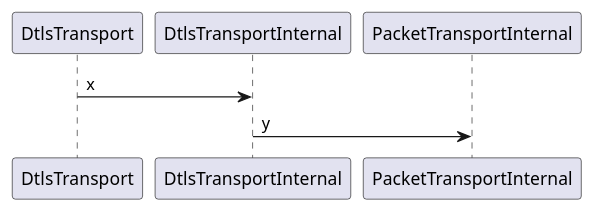
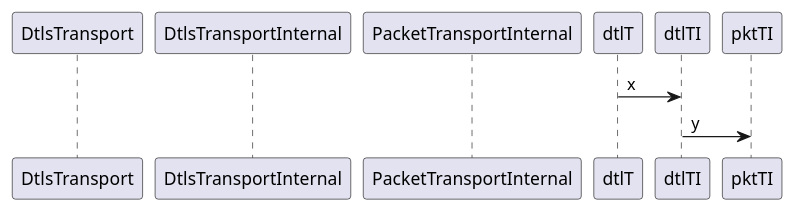
The second of 2 diagrams in webrtc_chrome/webrtc.md (mingxin505/webrtcNote), drawn with PlantUML before and after one commit. The commit also changed 8 other files, not shown here.

````diff
--- a/webrtc_chrome/webrtc.md
+++ b/webrtc_chrome/webrtc.md
@@ -82,9 +82,9 @@
 ```plantuml
 @startuml
-participant DtlsTransport as dtlT
-participant DtlsTransportInternal as dtlTI
-participant PacketTransportInternal as pktTI
+participant DtlsTransport as dtls
+participant DtlsTransportInternal as dtlsi
+participant PacketTransportInternal as pkti
 dtlT -> dtlTI : x
 dtlTI -> pktTI : y
 @enduml
 ```
````
